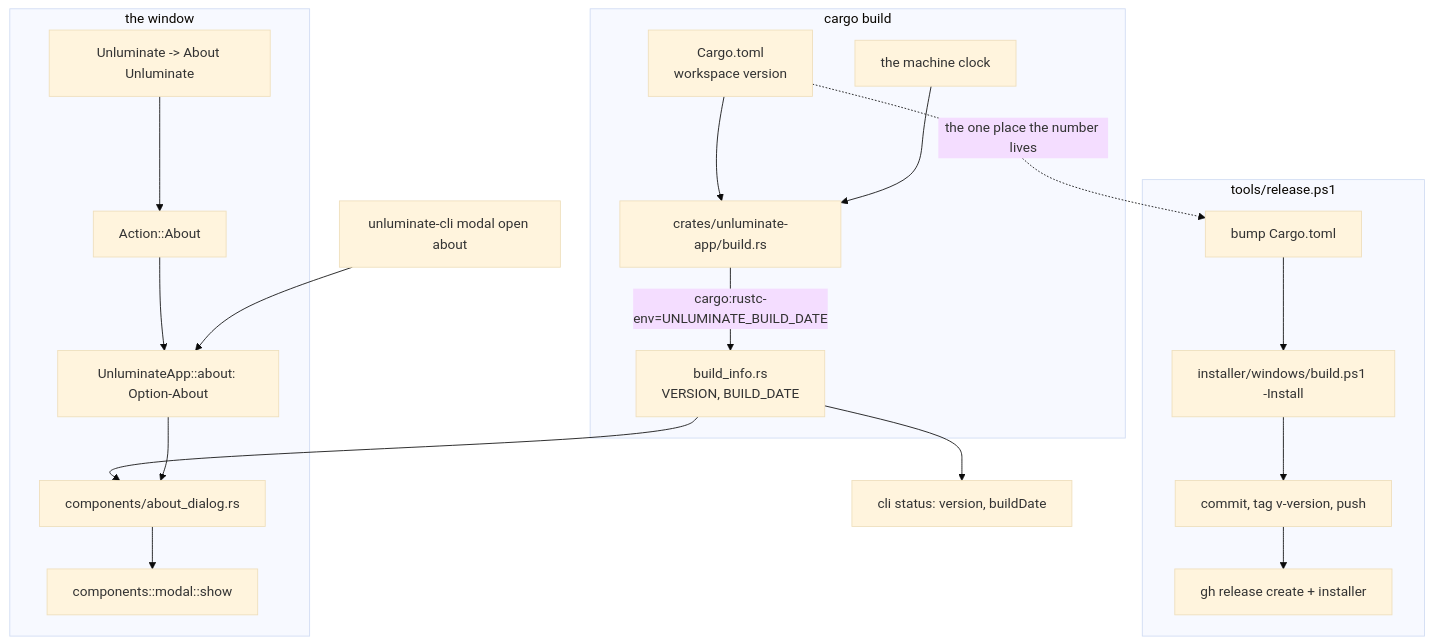
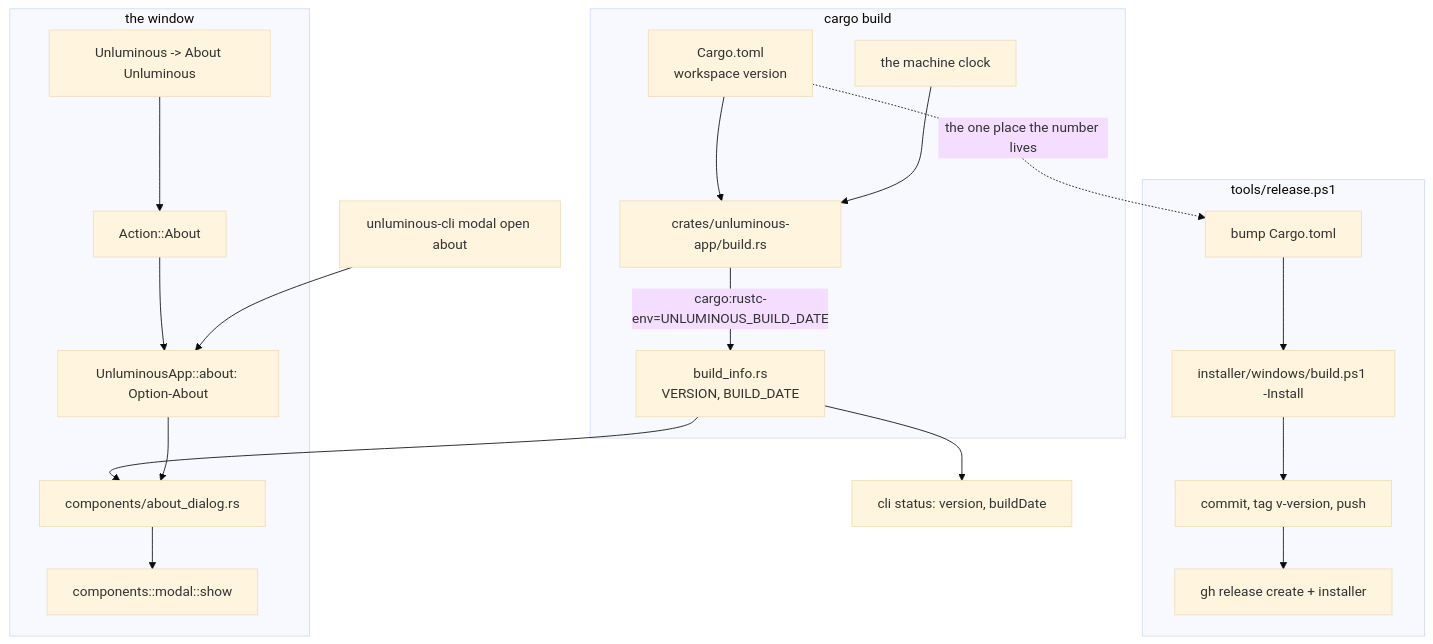
Before and after one commit to Black-Rainbow-Labs/Unluminous: the first of 2 diagrams in tasks/task-1667-version-and-release-tdd.md, drawn with Mermaid (base theme). The commit also changed other lines of this file and 1327 other files, not shown here.

````diff
--- a/tasks/task-1667-version-and-release-tdd.md
+++ b/tasks/task-1667-version-and-release-tdd.md
@@ -72,27 +72,27 @@
 ```mermaid
 flowchart TD
     subgraph Build["cargo build"]
-        CT[Cargo.toml<br/>workspace version] --> BRS[crates/unluminate-app/build.rs]
+        CT[Cargo.toml<br/>workspace version] --> BRS[crates/unluminous-app/build.rs]
         CLOCK[the machine clock] --> BRS
-        BRS -->|cargo:rustc-env=UNLUMINATE_BUILD_DATE| BI[build_info.rs<br/>VERSION, BUILD_DATE]
+        BRS -->|cargo:rustc-env=UNLUMINOUS_BUILD_DATE| BI[build_info.rs<br/>VERSION, BUILD_DATE]
     end
 
     BI --> ABOUT[components/about_dialog.rs]
     BI --> STATUS[cli status: version, buildDate]
 
     subgraph Window["the window"]
-        MENU[Unluminate -> About Unluminate] --> ACT[Action::About]
-        ACT --> STATE[UnluminateApp::about: Option-About]
+        MENU[Unluminous -> About Unluminous] --> ACT[Action::About]
+        ACT --> STATE[UnluminousApp::about: Option-About]
         STATE --> ABOUT
         ABOUT --> MODAL[components::modal::show]
     end
 
-    CLI[unluminate-cli modal open about] --> STATE
+    CLI[unluminous-cli modal open about] --> STATE
 
     subgraph Release["tools/release.ps1"]
         R1[bump Cargo.toml] --> R2[installer/windows/build.ps1 -Install]
         R2 --> R3[commit, tag v-version, push]
         R3 --> R4[gh release create + installer]
     end
     CT -.the one place the number lives.-> R1
 ```
````
